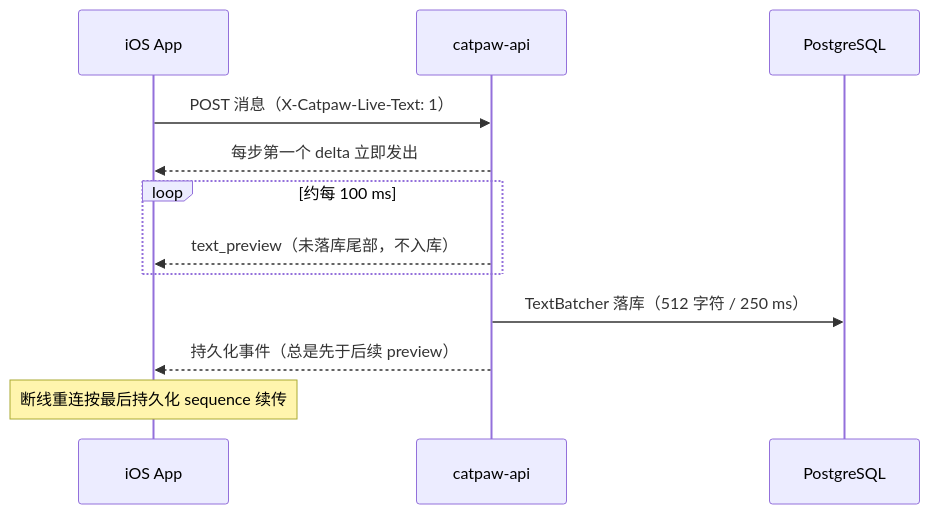
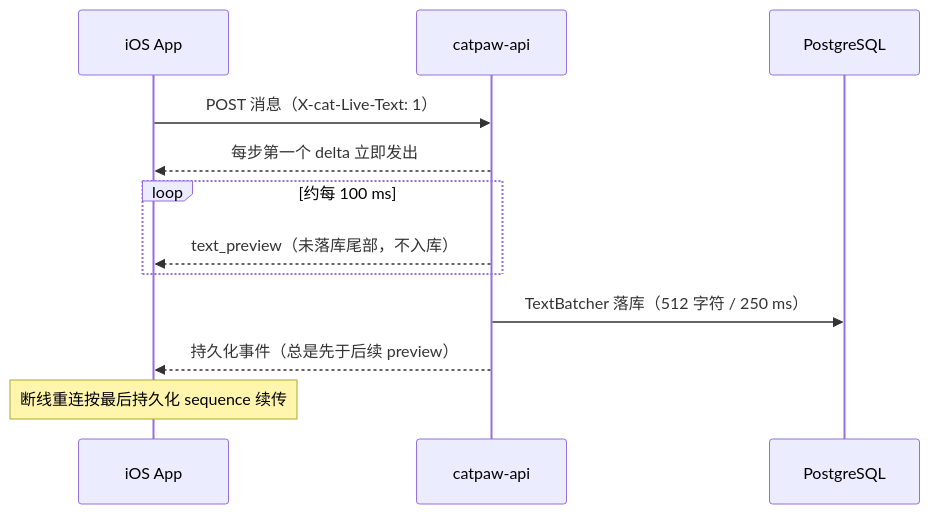
The third of 3 diagrams in README.md (Yankj/cat-m), drawn with Mermaid before and after one commit. The commit also changed other lines of this file and 478 other files, not shown here.

````diff
--- a/README.md
+++ b/README.md
@@ -281,14 +283,14 @@
 ```mermaid
 sequenceDiagram
   participant App as iOS App
   participant API as catpaw-api
   participant DB as PostgreSQL
-  App->>API: POST 消息（X-Catpaw-Live-Text: 1）
+  App->>API: POST 消息（X-cat-Live-Text: 1）
   API-->>App: 每步第一个 delta 立即发出
   loop 约每 100 ms
     API-->>App: text_preview（未落库尾部，不入库）
   end
   API->>DB: TextBatcher 落库（512 字符 / 250 ms）
   API-->>App: 持久化事件（总是先于后续 preview）
   Note over App: 断线重连按最后持久化 sequence 续传
 ```
````
